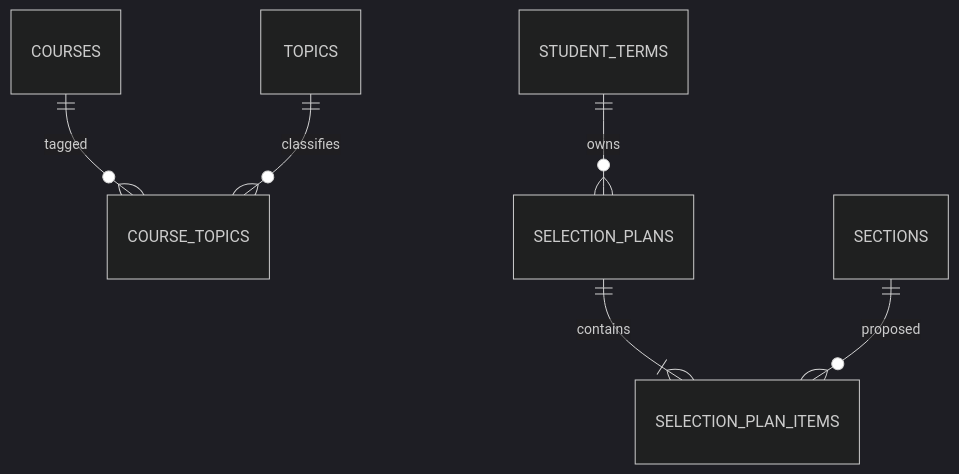
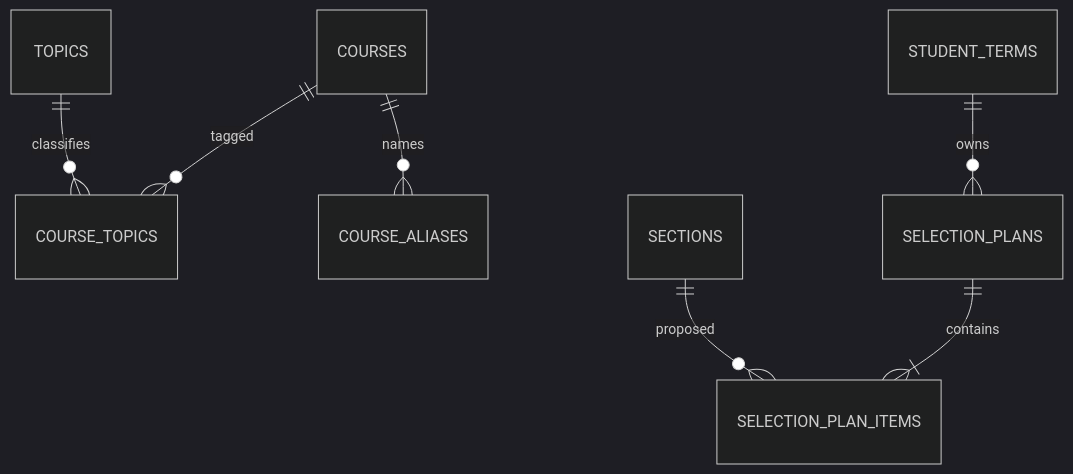
The second of 3 diagrams in Course_Registration_SRS.md (programmerKB/CourseFlow), drawn with Mermaid (dark theme) before and after one commit. The commit also changed other lines of this file and 40 other files, not shown here.

````diff
--- a/Course_Registration_SRS.md
+++ b/Course_Registration_SRS.md
@@ -117,9 +164,10 @@
 ```mermaid
 erDiagram
     direction TB
     COURSES ||--o{ COURSE_TOPICS : tagged
     TOPICS ||--o{ COURSE_TOPICS : classifies
+    COURSES ||--o{ COURSE_ALIASES : names
     STUDENT_TERMS ||--o{ SELECTION_PLANS : owns
     SELECTION_PLANS ||--|{ SELECTION_PLAN_ITEMS : contains
     SECTIONS ||--o{ SELECTION_PLAN_ITEMS : proposed
 ```
````
